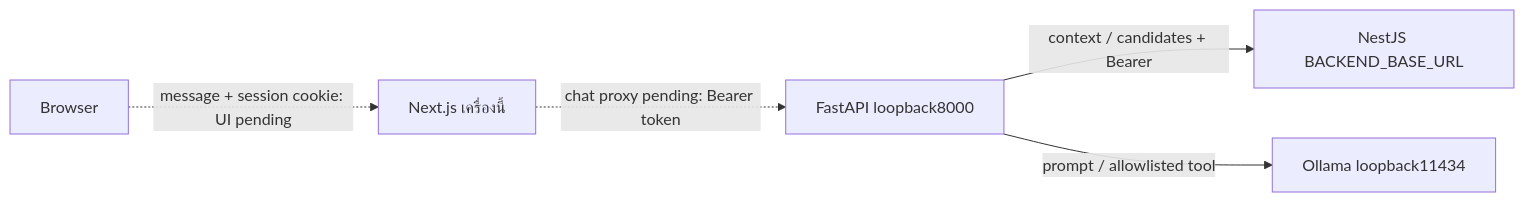
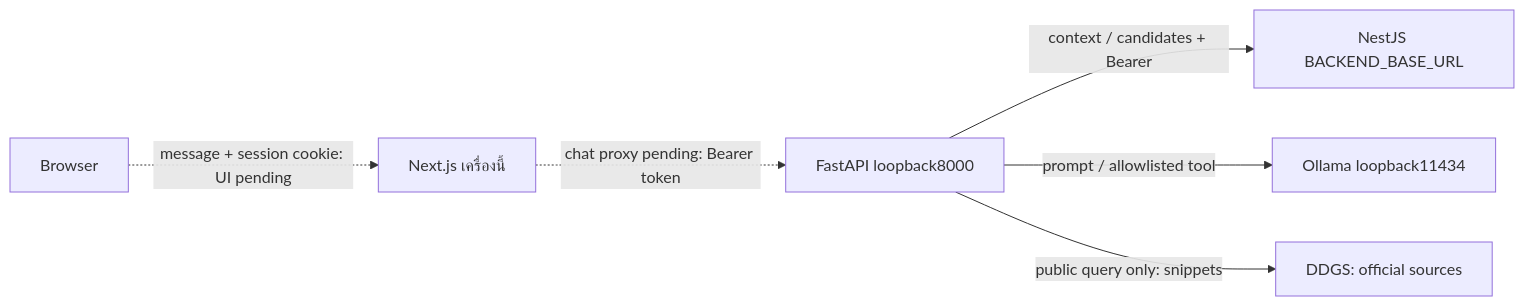
Before and after one commit to kantp428/web_app_coins: the diagram in ai-service/DESIGN.md, drawn with Mermaid. The commit also changed other lines of this file and 22 other files, not shown here.

````diff
--- a/ai-service/DESIGN.md
+++ b/ai-service/DESIGN.md
@@ -60,7 +70,8 @@
 ```mermaid
 flowchart LR
     Browser[Browser] -.->|message + session cookie: UI pending| Web[Next.js เครื่องนี้]
     Web -.->|chat proxy pending: Bearer token| AI[FastAPI loopback8000]
     AI -->|context / candidates + Bearer| Backend[NestJS BACKEND_BASE_URL]
     AI -->|prompt / allowlisted tool| Model[Ollama loopback11434]
+    AI -->|public query only: snippets| Search[DDGS: official sources]
 ```
````
